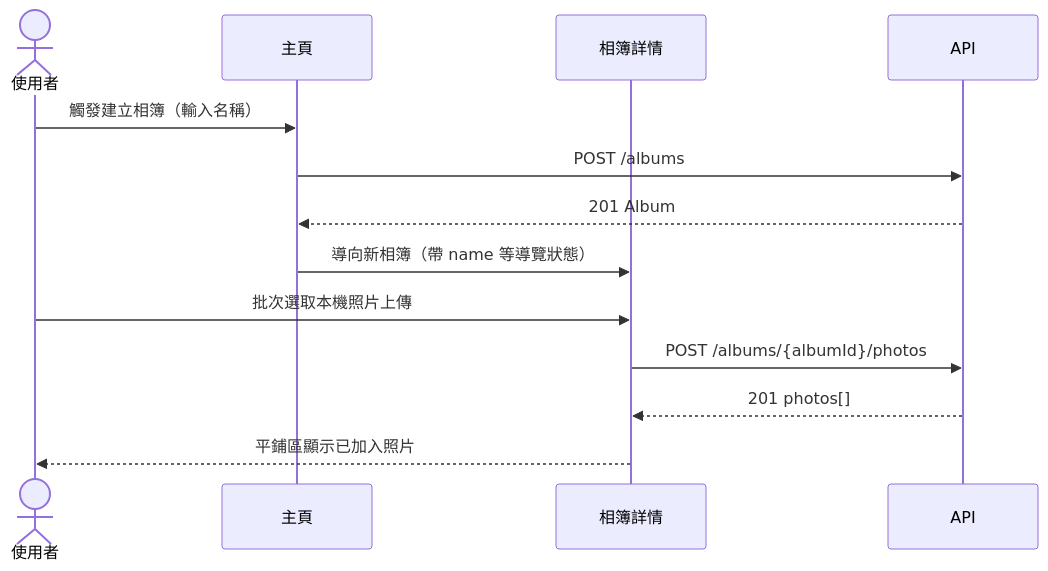
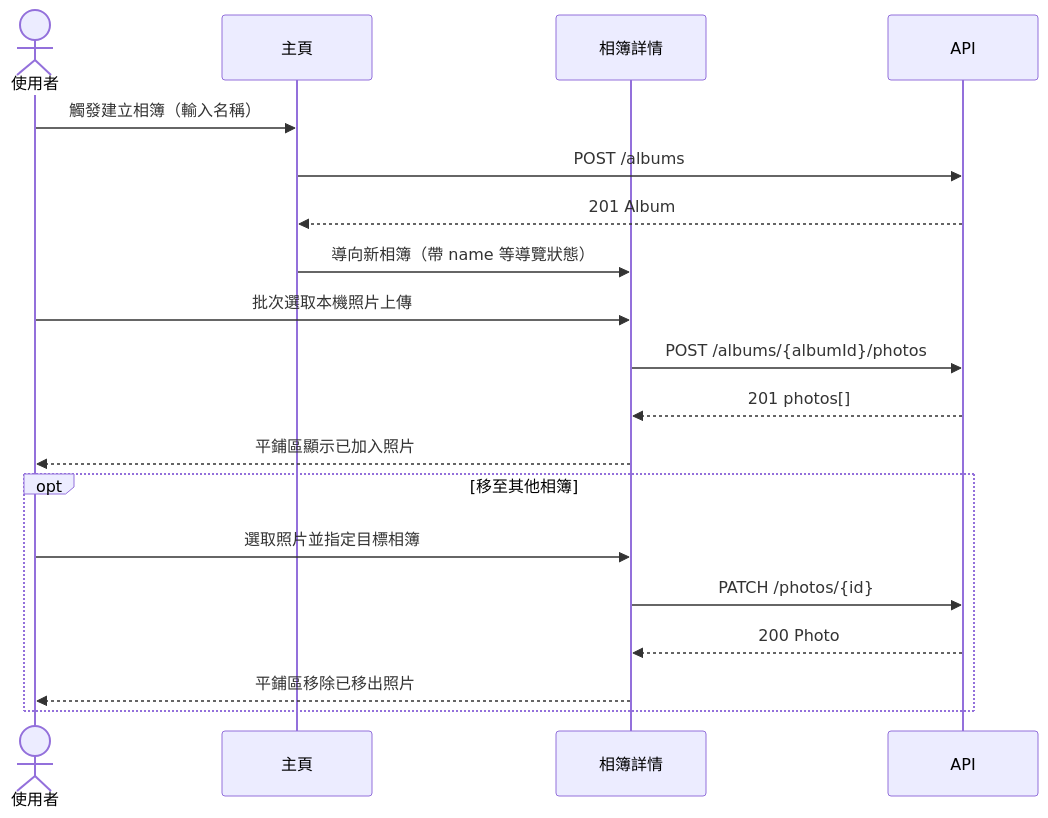
The first of 9 diagrams in specs/001-photo-albums/system-analyze/ui-plan.md (Waterball-Limited-Company/Jochu-lv1-training-course), drawn with Mermaid before and after one commit. The commit also changed other lines of this file and 84 other files, not shown here.

````diff
--- a/specs/001-photo-albums/system-analyze/ui-plan.md
+++ b/specs/001-photo-albums/system-analyze/ui-plan.md
@@ -11,16 +22,23 @@
 ```mermaid
 sequenceDiagram
     actor U as 使用者
     participant Home as 主頁
     participant Album as 相簿詳情
     participant API as API
 
     U->>Home: 觸發建立相簿（輸入名稱）
     Home->>API: POST /albums
     API-->>Home: 201 Album
     Home->>Album: 導向新相簿（帶 name 等導覽狀態）
     U->>Album: 批次選取本機照片上傳
     Album->>API: POST /albums/{albumId}/photos
     API-->>Album: 201 photos[]
     Album-->>U: 平鋪區顯示已加入照片
+
+    opt 移至其他相簿
+        U->>Album: 選取照片並指定目標相簿
+        Album->>API: PATCH /photos/{id}
+        API-->>Album: 200 Photo
+        Album-->>U: 平鋪區移除已移出照片
+    end
 ```
````
